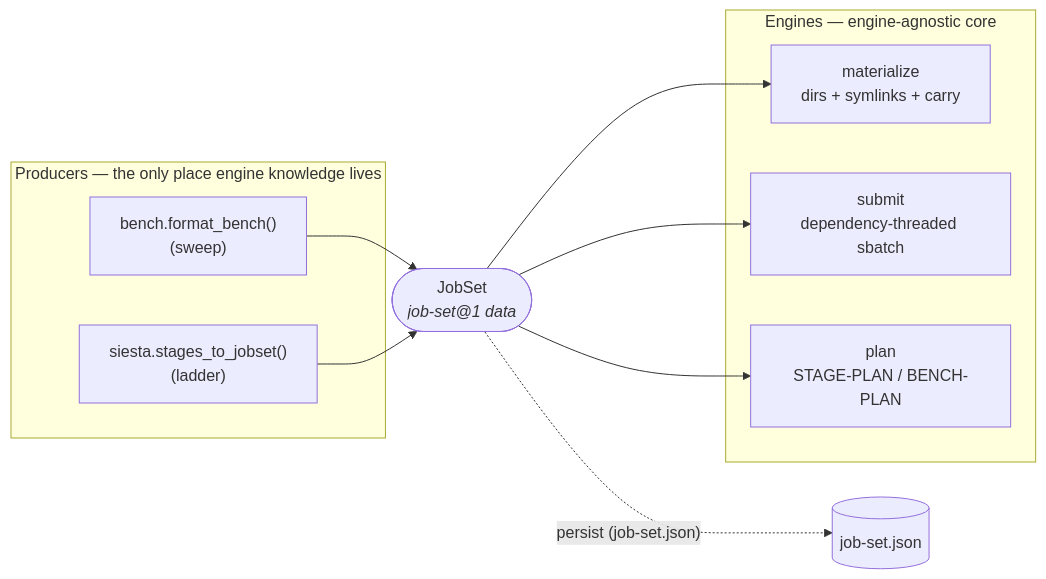
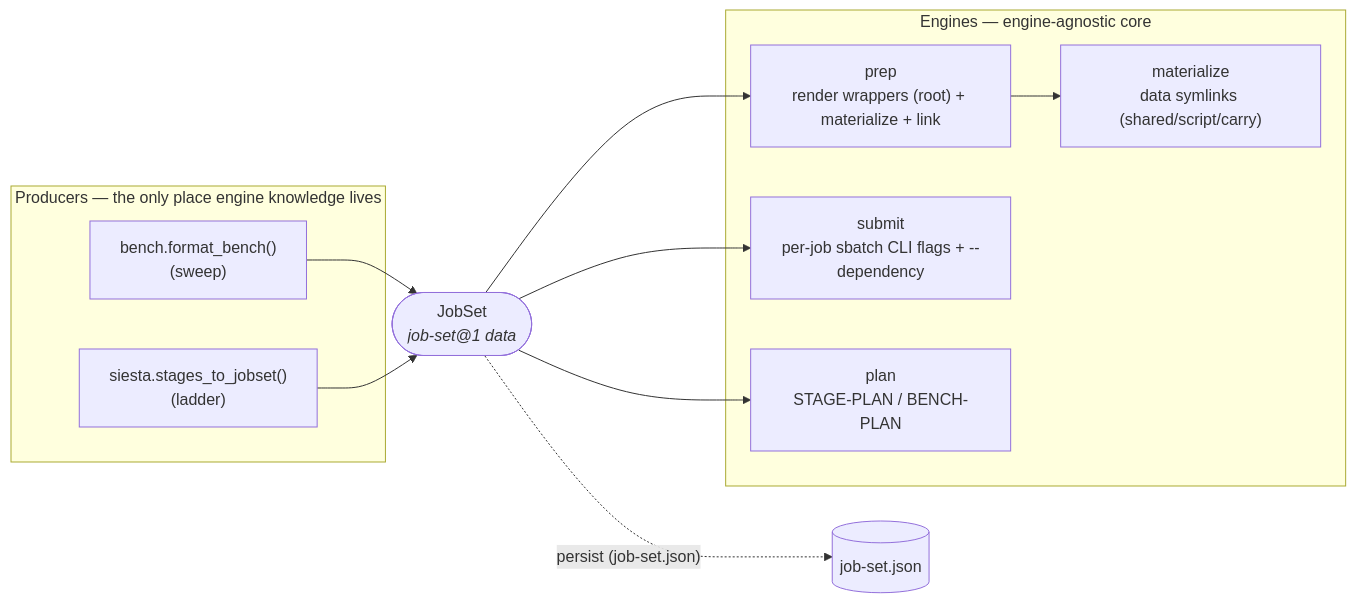
The first of 6 diagrams in docs/protocols/staged-execution.md (Qing-LAB/molbuilder), drawn with Mermaid before and after one commit. The commit also changed other lines of this file and 6 other files, not shown here.

First line of the commit message:
jobset: fix submit (bench-consistent prep/submit split) + review findings

````diff
--- a/docs/protocols/staged-execution.md
+++ b/docs/protocols/staged-execution.md
@@ -51,19 +52,21 @@
 ```mermaid
 flowchart LR
   subgraph P["Producers — the only place engine knowledge lives"]
     B["bench.format_bench()<br/>(sweep)"]
     S["siesta.stages_to_jobset()<br/>(ladder)"]
   end
   JS(["JobSet<br/><i>job-set@1 data</i>"])
   subgraph E["Engines — engine-agnostic core"]
-    M["materialize<br/>dirs + symlinks + carry"]
-    SU["submit<br/>dependency-threaded sbatch"]
+    M["materialize<br/>data symlinks (shared/script/carry)"]
+    PR["prep<br/>render wrappers (root) + materialize + link"]
+    SU["submit<br/>per-job sbatch CLI flags + --dependency"]
     PL["plan<br/>STAGE-PLAN / BENCH-PLAN"]
   end
   B --> JS
   S --> JS
-  JS --> M
+  JS --> PR
+  PR --> M
   JS --> SU
   JS --> PL
   JS -. "persist (job-set.json)" .-> F[("job-set.json")]
 ```
````
